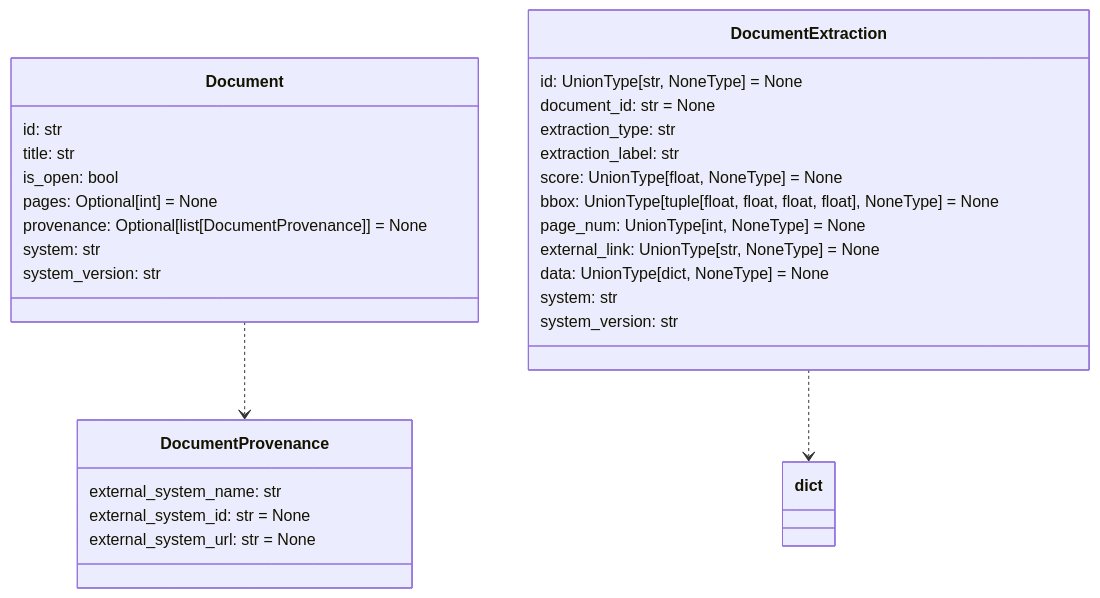
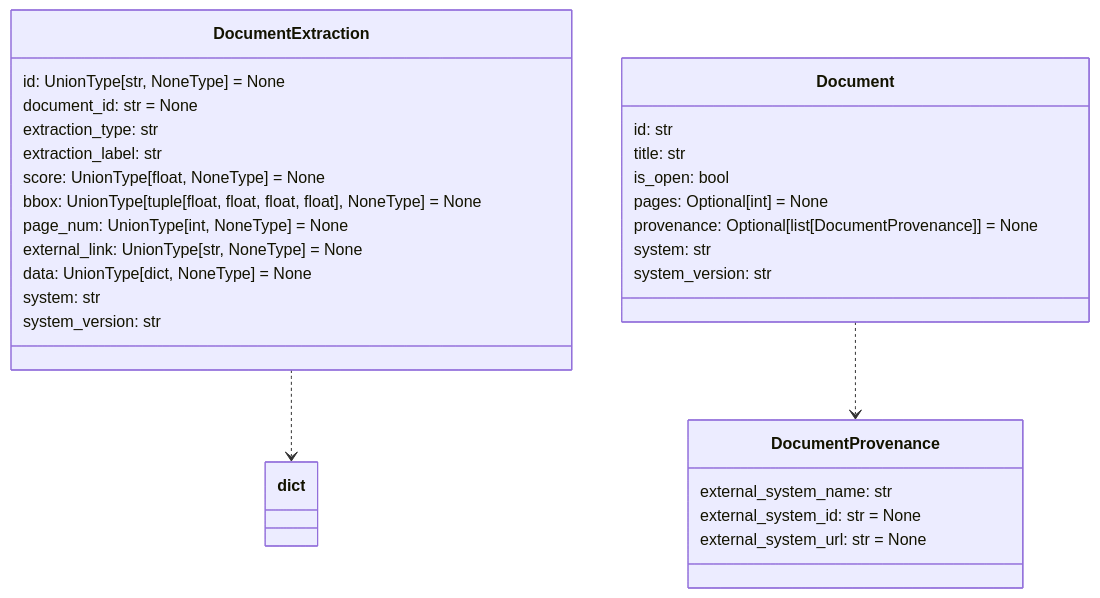
The ninth of 12 diagrams in README.md (DARPA-CRITICALMAAS/cdr_schemas), drawn with Mermaid before and after one commit. The commit also changed other lines of this file and 1 other file, not shown here.

````diff
--- a/README.md
+++ b/README.md
@@ -562,38 +609,38 @@
 ```mermaid
 classDiagram
-
-    class Document {
-        id: str
-        title: str
-        is_open: bool
-        pages: Optional[int] = None
-        provenance: Optional[list[DocumentProvenance]] = None
-        system: str
-        system_version: str
-    }
-
-    class DocumentProvenance {
-        external_system_name: str
-        external_system_id: str = None
-        external_system_url: str = None
-    }
 
     class DocumentExtraction {
         id: UnionType[str, NoneType] = None
         document_id: str = None
         extraction_type: str
         extraction_label: str
         score: UnionType[float, NoneType] = None
         bbox: UnionType[tuple[float, float, float, float], NoneType] = None
         page_num: UnionType[int, NoneType] = None
         external_link: UnionType[str, NoneType] = None
         data: UnionType[dict, NoneType] = None
         system: str
         system_version: str
     }
 
+    class DocumentProvenance {
+        external_system_name: str
+        external_system_id: str = None
+        external_system_url: str = None
+    }
+
+    class Document {
+        id: str
+        title: str
+        is_open: bool
+        pages: Optional[int] = None
+        provenance: Optional[list[DocumentProvenance]] = None
+        system: str
+        system_version: str
+    }
+
     Document ..> DocumentProvenance
     DocumentExtraction ..> dict
 
 
 ```
````
